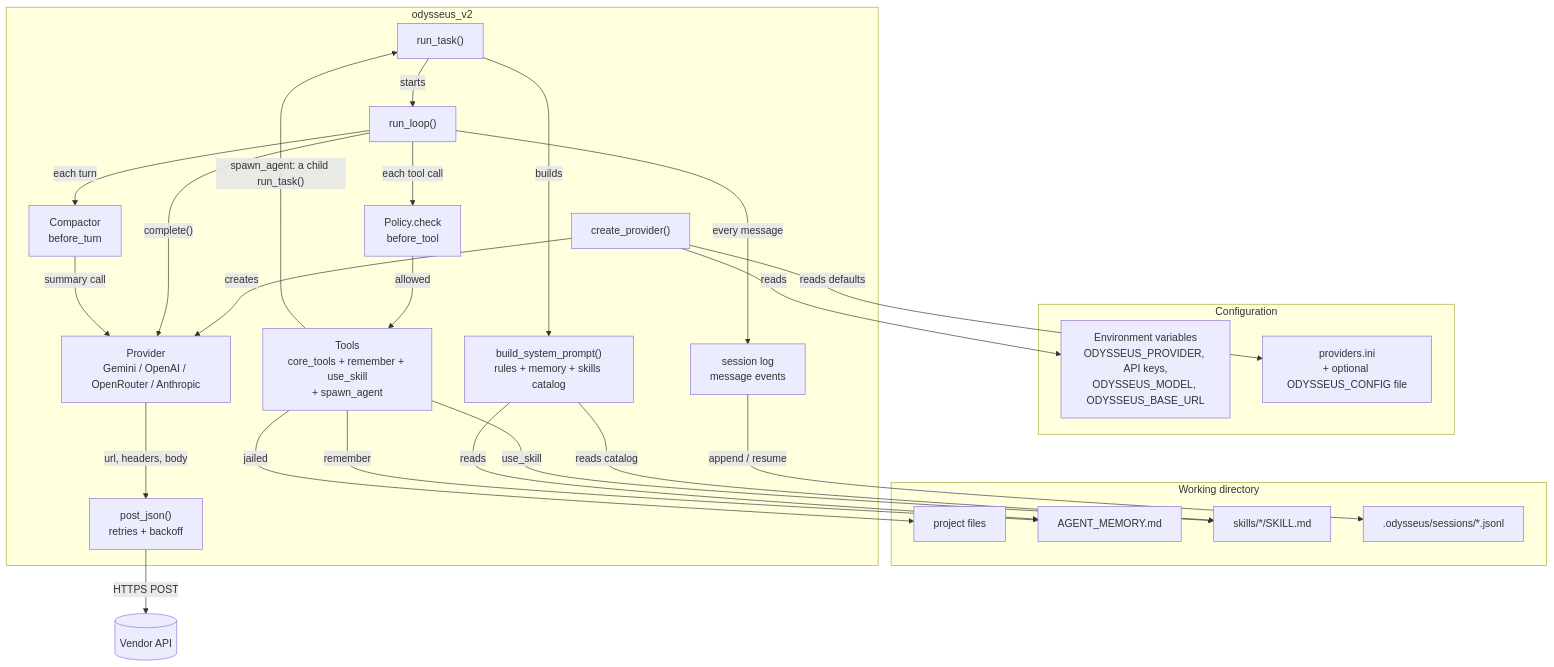
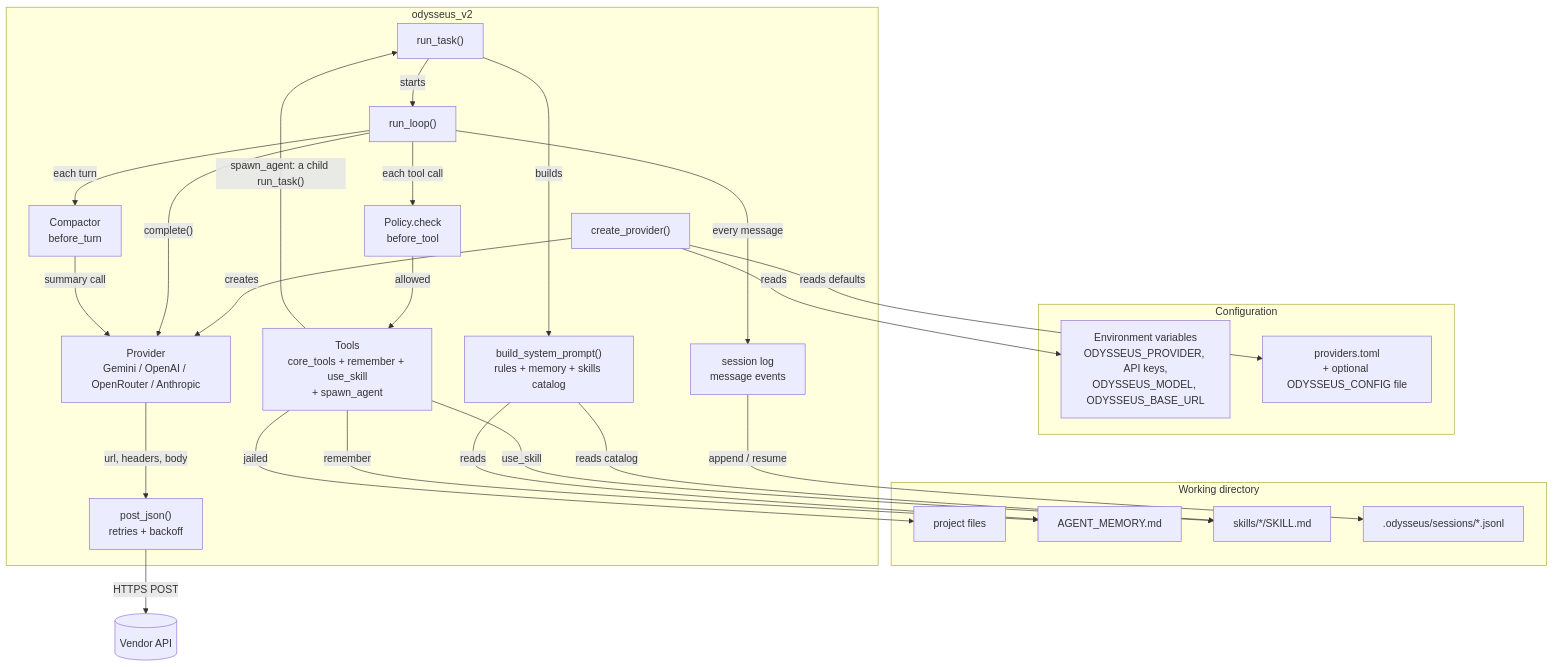
One commit to kirankumar0710/ai-harness changed the first of 3 diagrams in odysseus/README.md. Above: the diagram before and after it, drawn with Mermaid. The commit also changed other lines of this file and 10 other files, not shown here.

First line of the commit message:
Move provider defaults from providers.ini to providers.toml

````diff
--- a/odysseus/README.md
+++ b/odysseus/README.md
@@ -284,50 +285,50 @@
 ```mermaid
 flowchart TB
     subgraph config["Configuration"]
         env["Environment variables<br/>ODYSSEUS_PROVIDER, API keys,<br/>ODYSSEUS_MODEL, ODYSSEUS_BASE_URL"]
-        ini["providers.ini<br/>+ optional ODYSSEUS_CONFIG file"]
+        toml["providers.toml<br/>+ optional ODYSSEUS_CONFIG file"]
     end
 
     subgraph project["Working directory"]
         files["project files"]
         mem["AGENT_MEMORY.md"]
         skills["skills/*/SKILL.md"]
         sessions[".odysseus/sessions/*.jsonl"]
     end
 
     subgraph odysseus["odysseus_v2"]
         task["run_task()"]
         prompt["build_system_prompt()<br/>rules + memory + skills catalog"]
         loop["run_loop()"]
         compactor["Compactor<br/>before_turn"]
         gate["Policy.check<br/>before_tool"]
         tools["Tools<br/>core_tools + remember + use_skill<br/>+ spawn_agent"]
         log["session log<br/>message events"]
         factory["create_provider()"]
         provider["Provider<br/>Gemini / OpenAI / OpenRouter / Anthropic"]
         transport["post_json()<br/>retries + backoff"]
     end
 
     api[("Vendor API")]
 
     factory -- "reads" --> env
-    factory -- "reads defaults" --> ini
+    factory -- "reads defaults" --> toml
     factory -- "creates" --> provider
     task -- "builds" --> prompt
     prompt -- "reads" --> mem
     prompt -- "reads catalog" --> skills
     task -- "starts" --> loop
     loop -- "each turn" --> compactor
     loop -- "complete()" --> provider
     compactor -- "summary call" --> provider
     provider -- "url, headers, body" --> transport
     transport -- "HTTPS POST" --> api
     loop -- "each tool call" --> gate
     gate -- "allowed" --> tools
     tools -- "jailed" --> files
     tools -- "remember" --> mem
     tools -- "use_skill" --> skills
     tools -- "spawn_agent: a child run_task()" --> task
     loop -- "every message" --> log
     log -- "append / resume" --> sessions
 ```
````
